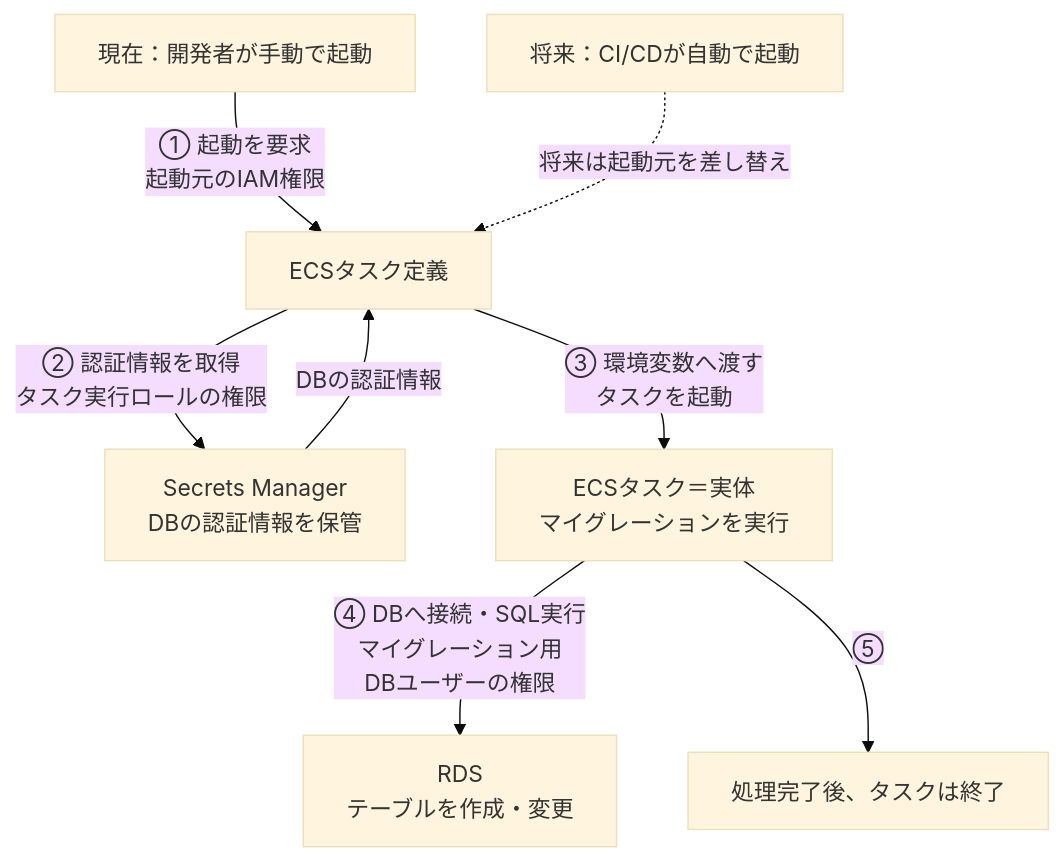
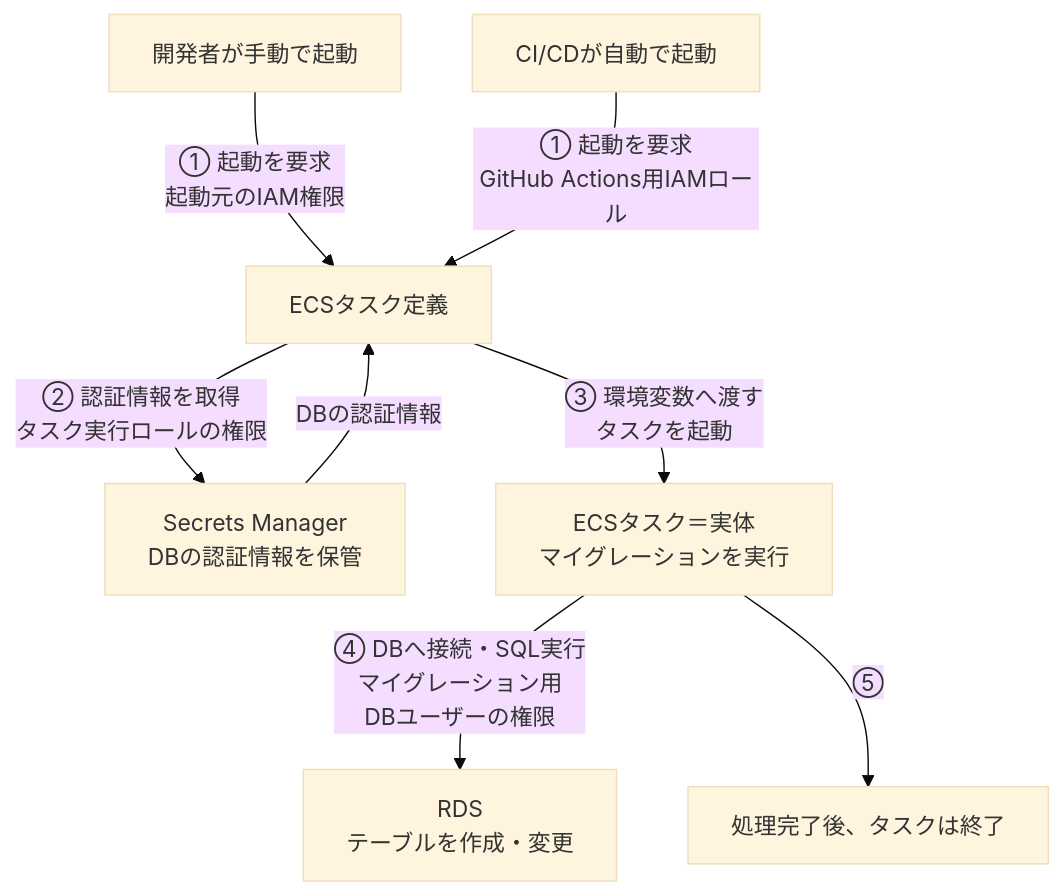
The second of 3 diagrams in infrastructure/ARCHITECTURE.md (Kyoya67/x-clone), drawn with Mermaid (base theme) before and after one commit. The commit also changed other lines of this file, not shown here.

````diff
--- a/infrastructure/ARCHITECTURE.md
+++ b/infrastructure/ARCHITECTURE.md
@@ -146,17 +146,17 @@
 ```mermaid
 flowchart TD
-  DEV["現在：開発者が手動で起動"]
-  CI["将来：CI/CDが自動で起動"]
+  DEV["開発者が手動で起動"]
+  CI["CI/CDが自動で起動"]
   ECS["ECSタスク定義"]
   SM["Secrets Manager<br/>DBの認証情報を保管"]
   TASK["ECSタスク＝実体<br/>マイグレーションを実行"]
   DB["RDS<br/>テーブルを作成・変更"]
   DONE["処理完了後、タスクは終了"]
   DEV -->|"① 起動を要求<br/>起動元のIAM権限"| ECS
-  CI -.->|"将来は起動元を差し替え"| ECS
+  CI -->|"① 起動を要求<br/>GitHub Actions用IAMロール"| ECS
   ECS -->|"② 認証情報を取得<br/>タスク実行ロールの権限"| SM
   SM -->|"DBの認証情報"| ECS
   ECS -->|"③ 環境変数へ渡す<br/>タスクを起動"| TASK
   TASK -->|"④ DBへ接続・SQL実行<br/>マイグレーション用<br/>DBユーザーの権限"| DB
   TASK -->|"⑤"| DONE
 ```
````
